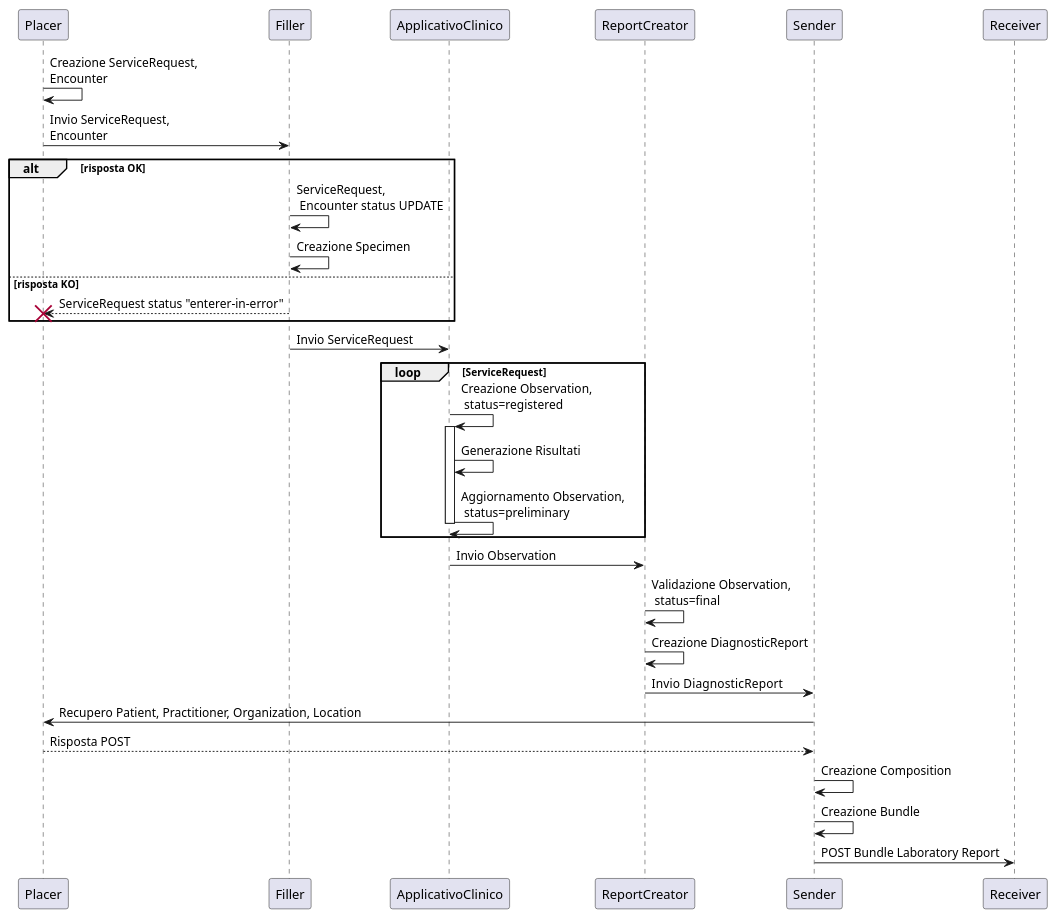
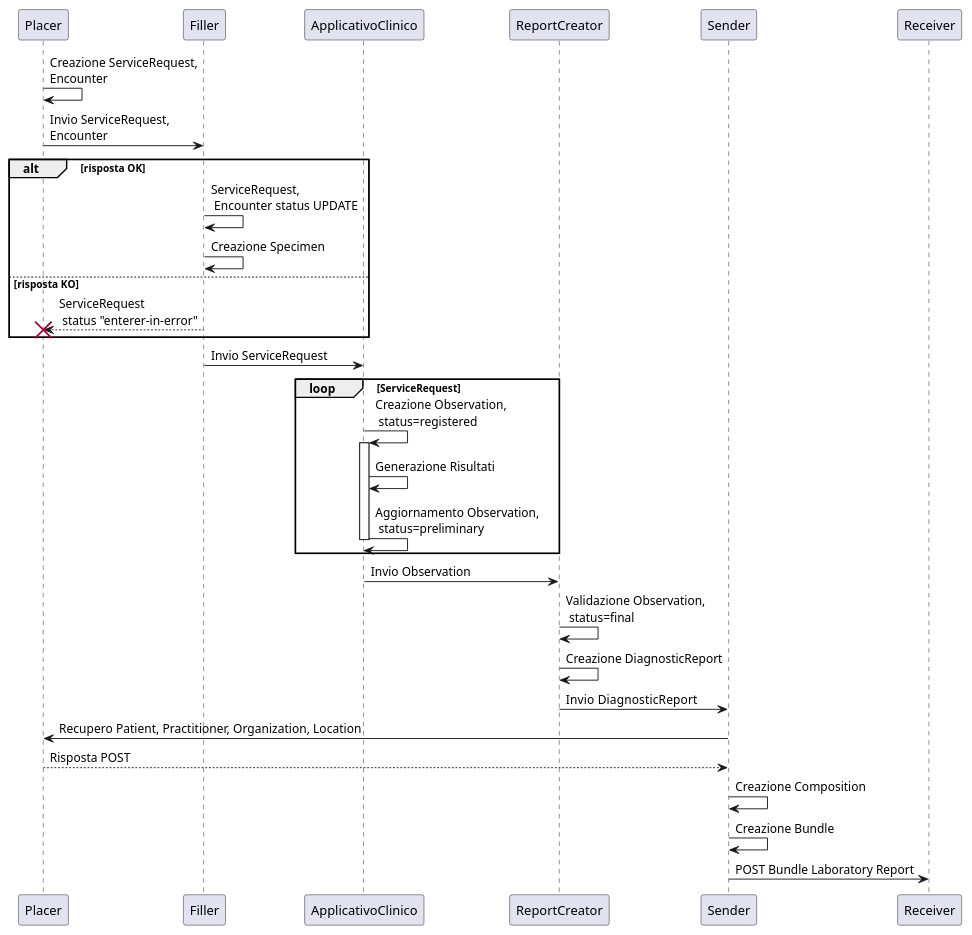
The diagram in input/images-source/creazioneBundleDocument.plantuml (hl7-it/lab-report), drawn with PlantUML before and after one commit.

Commit message:
Update creazioneBundleDocument.plantuml
Rientro nei margini

```diff
--- a/input/images-source/creazioneBundleDocument.plantuml
+++ b/input/images-source/creazioneBundleDocument.plantuml
@@ -1,28 +1,28 @@
 @startuml
 Placer -> Placer: Creazione ServiceRequest,\nEncounter
 
 Placer -> Filler: Invio ServiceRequest,\nEncounter
 
 alt risposta OK
     Filler -> Filler: ServiceRequest,\n Encounter status UPDATE
     Filler -> Filler: Creazione Specimen
 else risposta KO
-    Filler --> Placer !!: ServiceRequest status "enterer-in-error"
+    Filler --> Placer !!: ServiceRequest\n status "enterer-in-error"
 end
 
 Filler -> ApplicativoClinico: Invio ServiceRequest
     loop ServiceRequest
         ApplicativoClinico-> ApplicativoClinico++: Creazione Observation,\n status=registered 
         ApplicativoClinico-> ApplicativoClinico: Generazione Risultati
         ApplicativoClinico-> ApplicativoClinico--: Aggiornamento Observation,\n status=preliminary 
     end
 ApplicativoClinico-> ReportCreator: Invio Observation
 ReportCreator -> ReportCreator: Validazione Observation,\n status=final
 ReportCreator -> ReportCreator: Creazione DiagnosticReport
 ReportCreator -> Sender: Invio  DiagnosticReport
 Sender -> Placer: Recupero Patient, Practitioner, Organization, Location
 Placer --> Sender: Risposta POST
 Sender -> Sender: Creazione Composition
 Sender -> Sender: Creazione Bundle
 Sender -> Receiver: POST Bundle Laboratory Report
 @enduml
```
